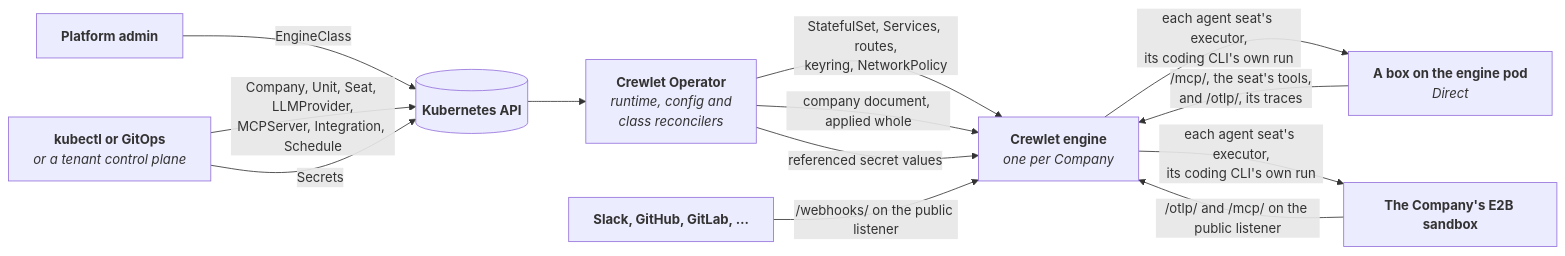
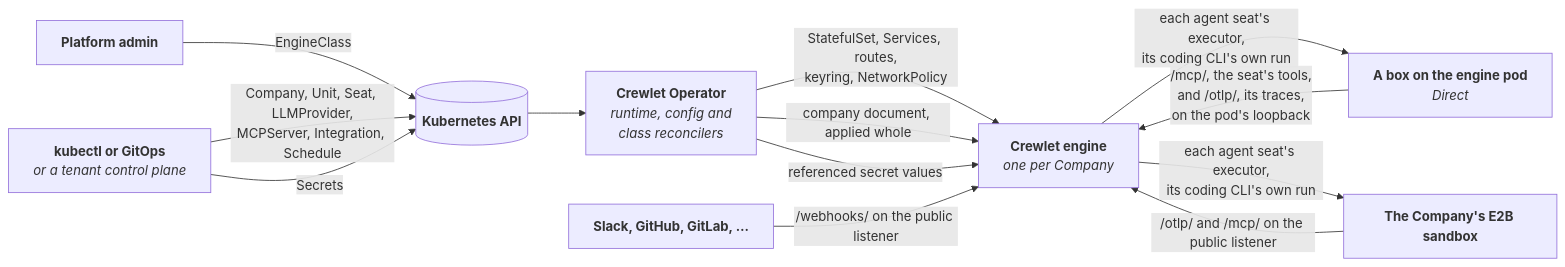
The diagram in README.md (crewlet/crewlet-operator), drawn with Mermaid before and after one commit. The commit also changed 39 other files, not shown here.

````diff
--- a/README.md
+++ b/README.md
@@ -92,16 +92,16 @@
 ```mermaid
 flowchart LR
     PA["<b>Platform admin</b>"] -->|EngineClass| K
     U["<b>kubectl or GitOps</b><br/><i>or a tenant control plane</i>"] -->|"Company, Unit, Seat, LLMProvider,<br/>MCPServer, Integration, Schedule"| K
     U -->|Secrets| K
     K[("<b>Kubernetes API</b>")] --> O["<b>Crewlet Operator</b><br/><i>runtime, config and<br/>class reconcilers</i>"]
     O -->|"StatefulSet, Services, routes,<br/>keyring, NetworkPolicy"| E
     O -->|"company document, applied whole"| E
     O -->|"referenced secret values"| E
     E["<b>Crewlet engine</b><br/><i>one per Company</i>"]
     E -->|"each agent seat's executor,<br/>its coding CLI's own run"| D["<b>A box on the engine pod</b><br/><i>Direct</i>"]
     E -->|"each agent seat's executor,<br/>its coding CLI's own run"| SB["<b>The Company's E2B sandbox</b>"]
-    D -->|"/mcp/, the seat's tools,<br/>and /otlp/, its traces"| E
+    D -->|"/mcp/, the seat's tools,<br/>and /otlp/, its traces,<br/>on the pod's loopback"| E
     V["<b>Slack, GitHub, GitLab, …</b>"] -->|"/webhooks/ on the public listener"| E
     SB -->|"/otlp/ and /mcp/ on the public listener"| E
 ```
````
